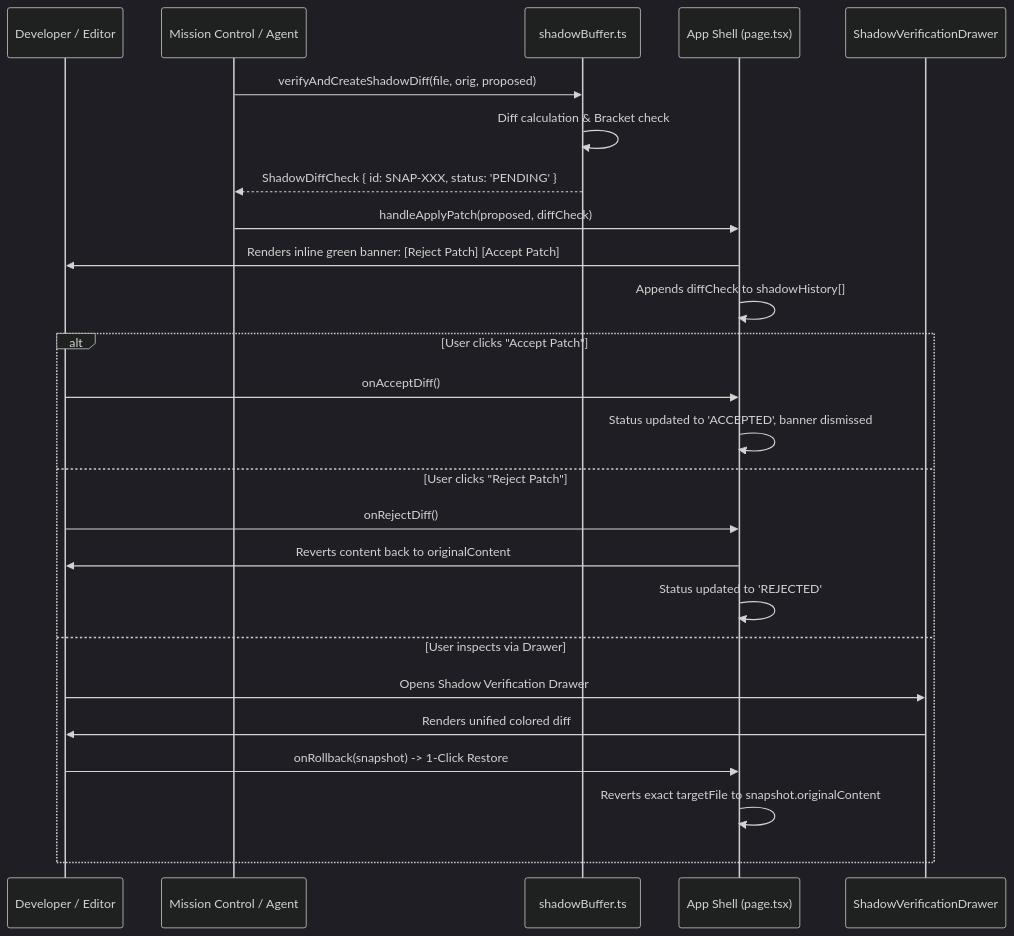
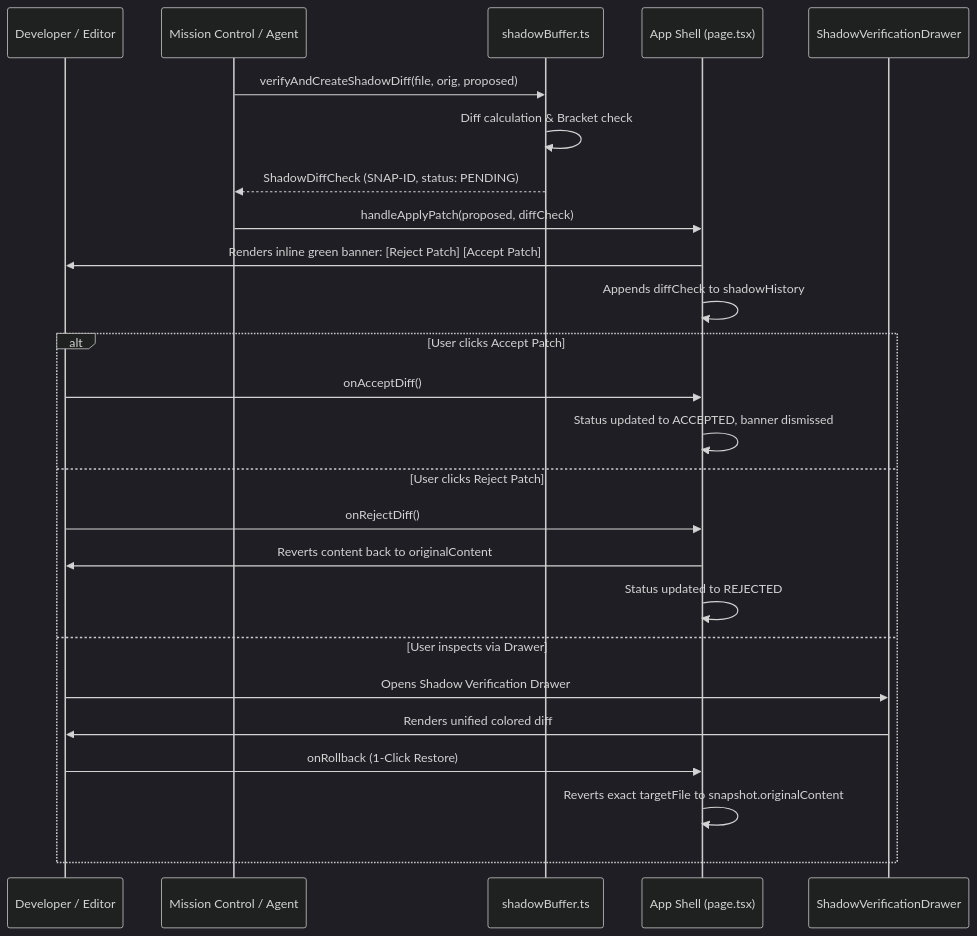
One commit to Akhand6886/DBC changed the diagram in code_inspection/CODE_INSPECTION_PART2.md. Above: the diagram before and after it, drawn with Mermaid (dark theme). The commit also changed other lines of this file, not shown here.

Commit message:
docs: fix sequence diagram rendering in CODE_INSPECTION_PART2.md with lifecycle box diagram

````diff
--- a/code_inspection/CODE_INSPECTION_PART2.md
+++ b/code_inspection/CODE_INSPECTION_PART2.md
@@ -3,29 +22,29 @@
 ```mermaid
 sequenceDiagram
     participant User as Developer / Editor
     participant MC as Mission Control / Agent
     participant Shadow as shadowBuffer.ts
     participant Page as App Shell (page.tsx)
     participant Drawer as ShadowVerificationDrawer
 
     MC->>Shadow: verifyAndCreateShadowDiff(file, orig, proposed)
     Shadow->>Shadow: Diff calculation & Bracket check
-    Shadow-->>MC: ShadowDiffCheck { id: SNAP-XXX, status: 'PENDING' }
+    Shadow-->>MC: ShadowDiffCheck (SNAP-ID, status: PENDING)
     MC->>Page: handleApplyPatch(proposed, diffCheck)
     Page->>User: Renders inline green banner: [Reject Patch] [Accept Patch]
-    Page->>Page: Appends diffCheck to shadowHistory[]
+    Page->>Page: Appends diffCheck to shadowHistory
     
-    alt User clicks "Accept Patch"
+    alt User clicks Accept Patch
         User->>Page: onAcceptDiff()
-        Page->>Page: Status updated to 'ACCEPTED', banner dismissed
-    else User clicks "Reject Patch"
+        Page->>Page: Status updated to ACCEPTED, banner dismissed
+    else User clicks Reject Patch
         User->>Page: onRejectDiff()
         Page->>User: Reverts content back to originalContent
-        Page->>Page: Status updated to 'REJECTED'
+        Page->>Page: Status updated to REJECTED
     else User inspects via Drawer
         User->>Drawer: Opens Shadow Verification Drawer
         Drawer->>User: Renders unified colored diff
-        User->>Page: onRollback(snapshot) -> 1-Click Restore
+        User->>Page: onRollback (1-Click Restore)
         Page->>Page: Reverts exact targetFile to snapshot.originalContent
     end
 ```
````
